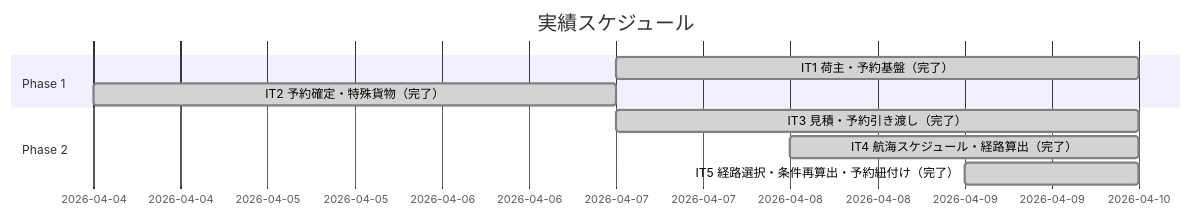
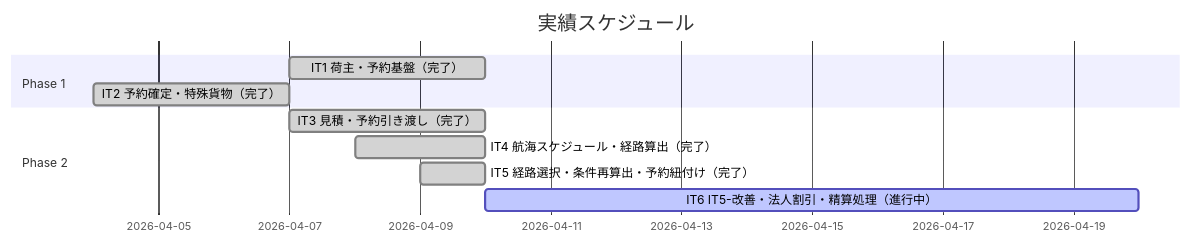
One commit to k2works/case-study-cargo-tracker changed the second of 3 diagrams in docs/development/release_plan.md. Above: the diagram before and after it, drawn with Mermaid. The commit also changed other lines of this file and 1 other file, not shown here.

````diff
--- a/docs/development/release_plan.md
+++ b/docs/development/release_plan.md
@@ -152,12 +152,13 @@
 ```mermaid
 gantt
     title 実績スケジュール
     dateFormat  YYYY-MM-DD
     section Phase 1
     IT1 荷主・予約基盤（完了）         :done, a1, 2026-04-07, 3d
     IT2 予約確定・特殊貨物（完了）     :done, a2, 2026-04-04, 3d
     section Phase 2
     IT3 見積・予約引き渡し（完了）     :done, a3, 2026-04-07, 3d
     IT4 航海スケジュール・経路算出（完了） :done, a4, 2026-04-08, 2d
     IT5 経路選択・条件再算出・予約紐付け（完了） :done, a5, 2026-04-09, 1d
+    IT6 IT5-改善・法人割引・精算処理（進行中） :active, a6, 2026-04-10, 10d
 ```
````
